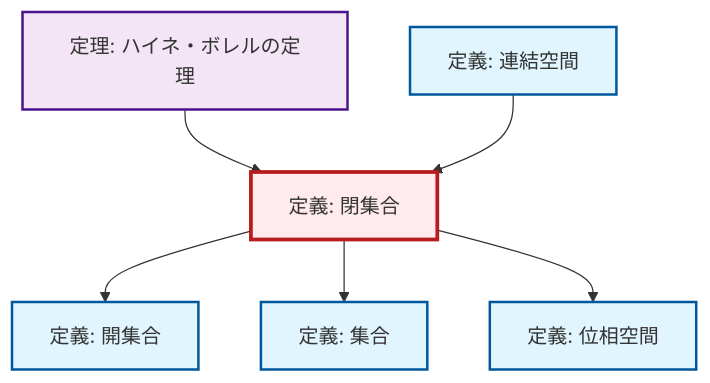
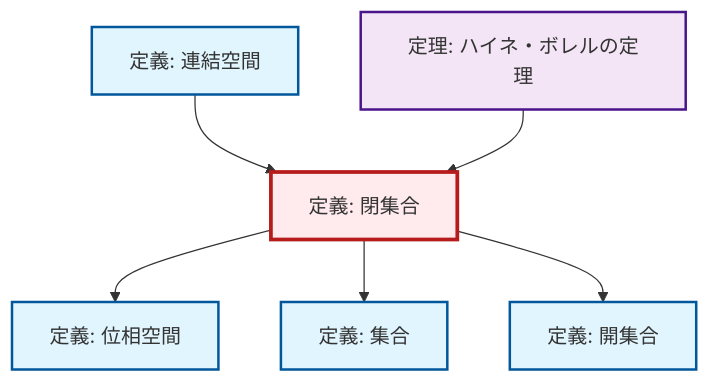
Before and after one commit to RK0429/ModernMath: the diagram in content/ja/topology/def-closed-set.qmd, drawn with Mermaid. The commit also changed other lines of this file and 1012 other files, not shown here.

````diff
--- a/content/ja/topology/def-closed-set.qmd
+++ b/content/ja/topology/def-closed-set.qmd
@@ -45,26 +45,26 @@
 ```{mermaid}
 %%| fig-cap: "Local dependency graph"
 graph TD
     classDef definition fill:#e1f5fe,stroke:#01579b,stroke-width:2px
     classDef theorem fill:#f3e5f5,stroke:#4a148c,stroke-width:2px
     classDef axiom fill:#fff3e0,stroke:#e65100,stroke-width:2px
     classDef example fill:#e8f5e9,stroke:#1b5e20,stroke-width:2px
     classDef current fill:#ffebee,stroke:#b71c1c,stroke-width:3px
+    def-open-set["定義: 開集合"]:::definition
+    def-connected["定義: 連結空間"]:::definition
     def-set["定義: 集合"]:::definition
-    def-connected["定義: 連結空間"]:::definition
-    def-open-set["定義: 開集合"]:::definition
     def-topological-space["定義: 位相空間"]:::definition
     def-closed-set["定義: 閉集合"]:::definition
     thm-heine-borel["定理: ハイネ・ボレルの定理"]:::theorem
+    def-closed-set --> def-topological-space
+    def-closed-set --> def-set
+    def-connected --> def-closed-set
     def-closed-set --> def-open-set
     thm-heine-borel --> def-closed-set
-    def-closed-set --> def-set
-    def-closed-set --> def-topological-space
-    def-connected --> def-closed-set
     class def-closed-set current
+    click def-open-set "def-open-set.html" "開集合の定義へ"
+    click def-connected "def-connected.html" "連結空間の定義へ"
     click def-set "def-set.html" "集合の定義へ"
-    click def-connected "def-connected.html" "連結空間の定義へ"
-    click def-open-set "def-open-set.html" "開集合の定義へ"
     click def-topological-space "def-topological-space.html" "位相空間の定義へ"
     click thm-heine-borel "thm-heine-borel.html" "ハイネ・ボレルの定理の定理へ"
 ```
````
